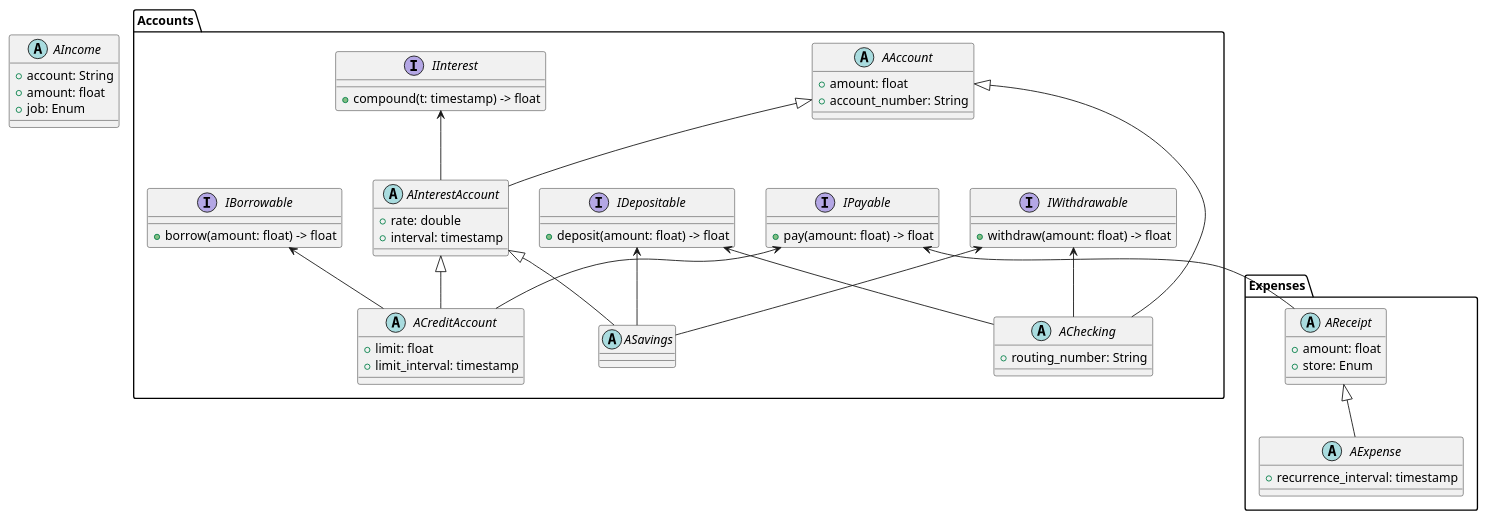
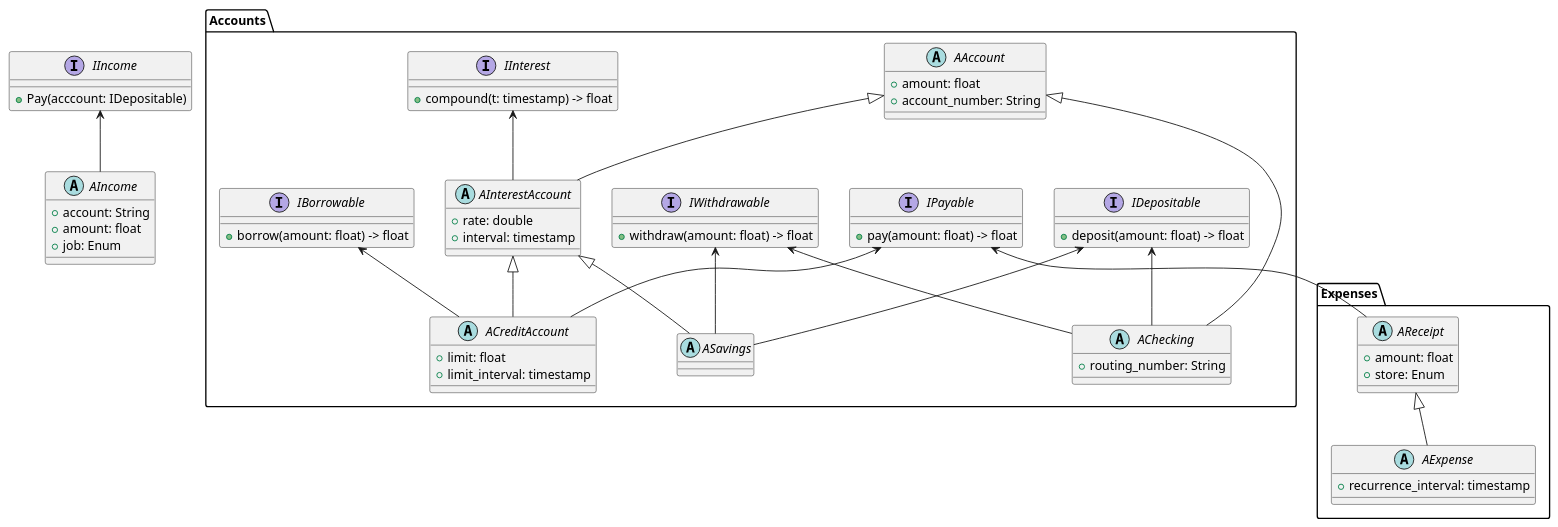
The diagram in object_model.puml (aaron-jencks/budget_LabVIEW), drawn with PlantUML before and after one commit. The commit also changed 6 other files, not shown here.

Commit message:
Added IIncome interface

```diff
--- a/object_model.puml
+++ b/object_model.puml
@@ -1,80 +1,86 @@
 @startuml
 package Accounts {
     interface IDepositable {
     + deposit(amount: float) -> float
     }
 
     interface IWithdrawable {
     + withdraw(amount: float) -> float
     }
 
     interface IPayable {
     + pay(amount: float) -> float
     }
 
     interface IBorrowable {
     + borrow(amount: float) -> float
     }
 
     abstract class AAccount {
     + amount: float
     + account_number: String
     }
 
     interface IInterest {
     + compound(t: timestamp) -> float
     }
 
     abstract class AInterestAccount {
     + rate: double
     + interval: timestamp
     }
 
     IInterest <-- AInterestAccount
     AAccount <|-- AInterestAccount
 
     abstract class ACreditAccount {
     + limit: float
     + limit_interval: timestamp
     }
 
     IBorrowable <-- ACreditAccount
     IPayable <-- ACreditAccount
     AInterestAccount <|-- ACreditAccount
 
     abstract class ASavings {
     }
 
     IDepositable <-- ASavings
     IWithdrawable <-- ASavings
     AInterestAccount <|-- ASavings
 
     abstract class AChecking {
     + routing_number: String
     }
 
     IDepositable <-- AChecking
     IWithdrawable <-- AChecking
     AAccount <|-- AChecking
 }
 
 package Expenses {
     abstract class AReceipt {
     + amount: float
     + store: Enum
     }
     IPayable <-- AReceipt
 
     abstract class AExpense {
     + recurrence_interval: timestamp
     }
 
     AReceipt <|-- AExpense
 }
 
+interface IIncome {
++ Pay(acccount: IDepositable)
+}
+
 abstract class AIncome {
 + account: String
 + amount: float
 + job: Enum
 }
+
+IIncome <-- AIncome
 @enduml
```
